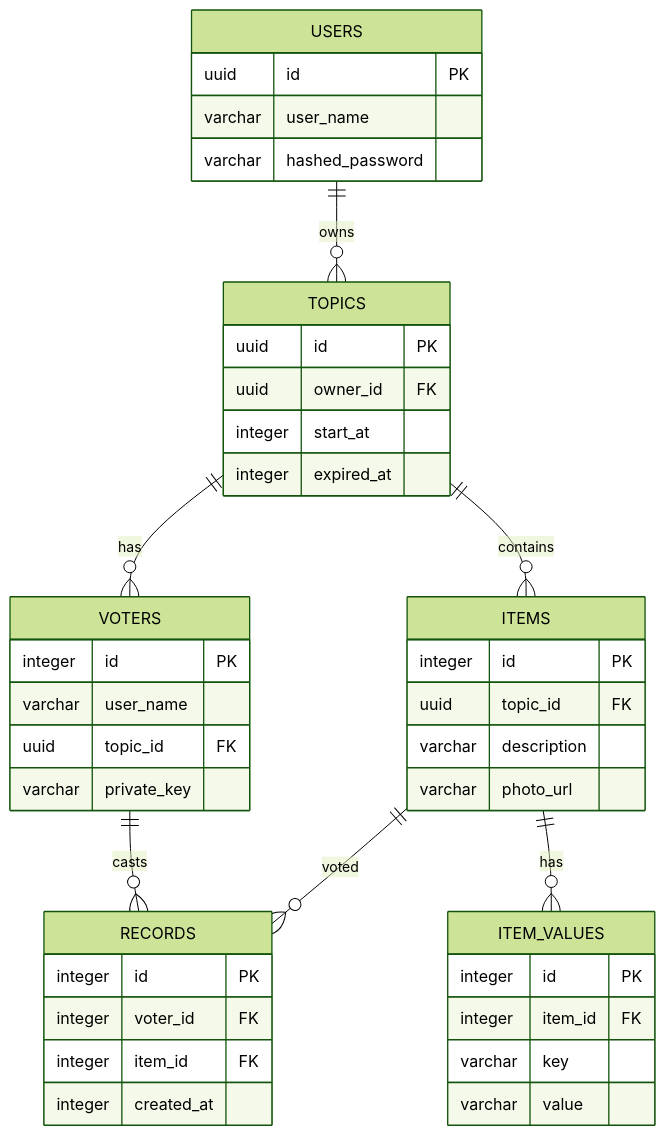
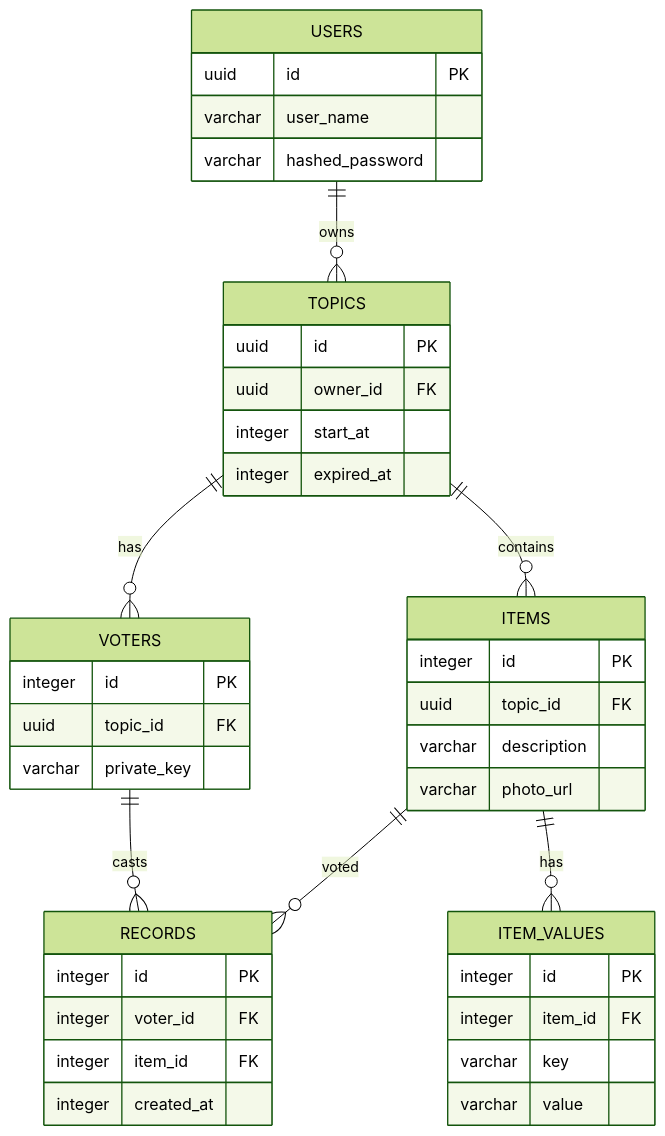
The diagram in docs/db_schema.md (zukigit/zukivote), drawn with Mermaid (forest theme) before and after one commit. The commit also changed other lines of this file and 2 other files, not shown here.

````diff
--- a/docs/db_schema.md
+++ b/docs/db_schema.md
@@ -5,50 +5,49 @@
 ```mermaid
 erDiagram
     USERS {
         uuid id PK
         varchar user_name
         varchar hashed_password
     }
 
     TOPICS {
         uuid id PK
         uuid owner_id FK
         integer start_at
         integer expired_at
     }
 
     VOTERS {
         integer id PK
-        varchar user_name
         uuid topic_id FK
         varchar private_key
     }
 
     ITEMS {
         integer id PK
         uuid topic_id FK
         varchar description
         varchar photo_url
     }
 
     ITEM_VALUES {
         integer id PK
         integer item_id FK
         varchar key
         varchar value
     }
 
     RECORDS {
         integer id PK
         integer voter_id FK
         integer item_id FK
         integer created_at
     }
 
     USERS ||--o{ TOPICS : owns
     TOPICS ||--o{ VOTERS : has
     TOPICS ||--o{ ITEMS : contains
     ITEMS ||--o{ ITEM_VALUES : has
     VOTERS ||--o{ RECORDS : casts
     ITEMS ||--o{ RECORDS : voted
 ```
````
